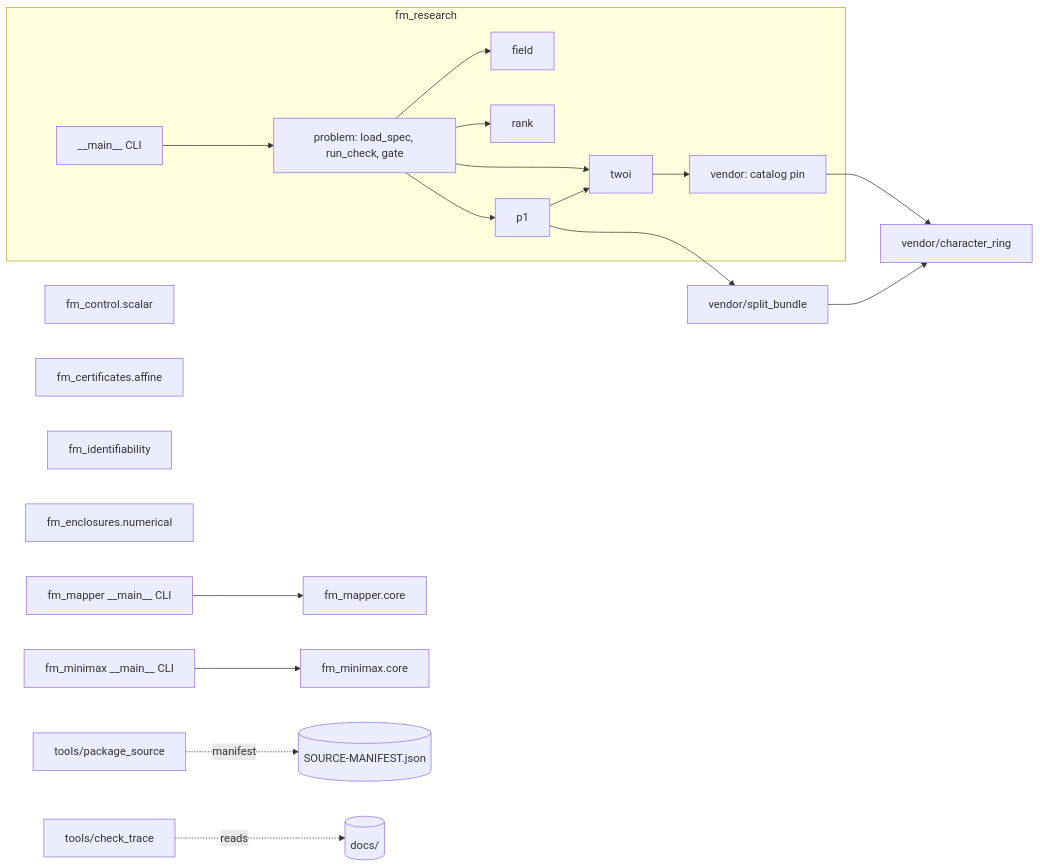
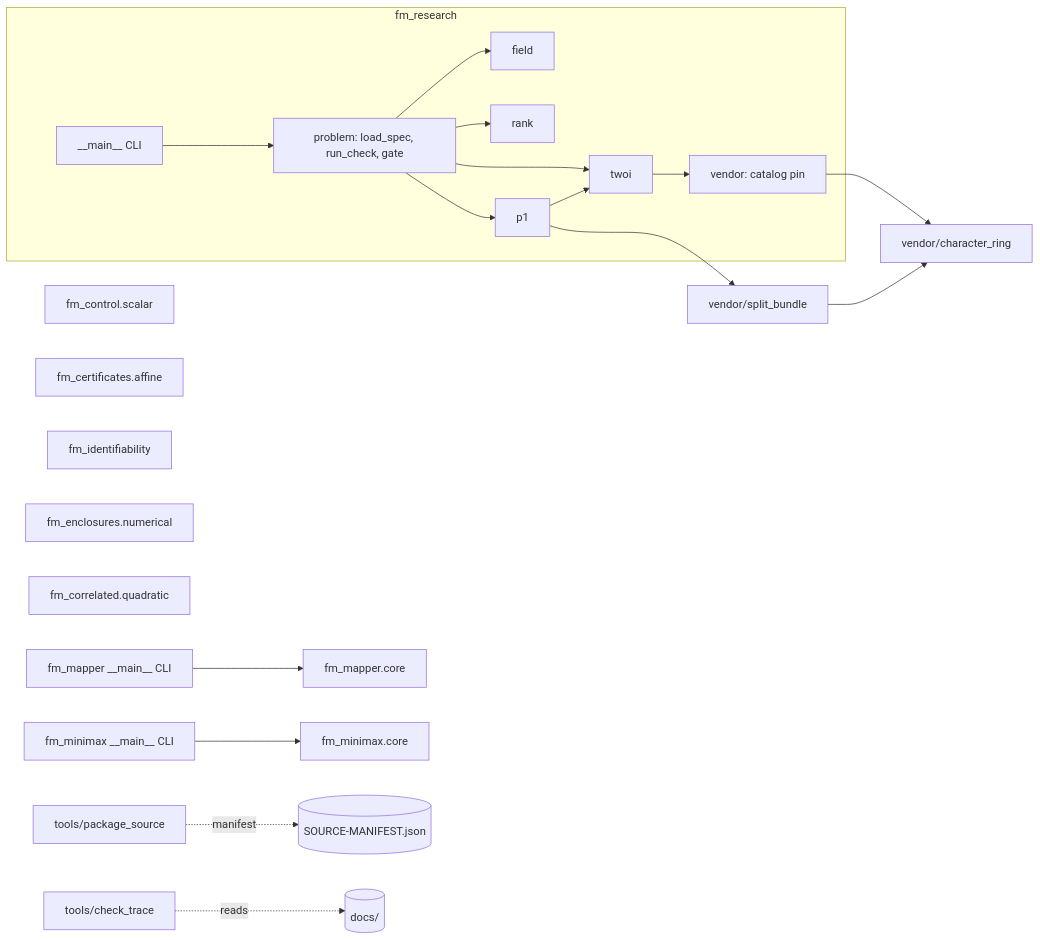
The first of 3 diagrams in docs/architecture/architecture.md (Akilleez-QA/foundation-math), drawn with Mermaid before and after one commit. The commit also changed other lines of this file and 15 other files, not shown here.

First line of the commit message:
Add exact correlated quadratic model admission and probes (stage 1 of 2) (#36)

````diff
--- a/docs/architecture/architecture.md
+++ b/docs/architecture/architecture.md
@@ -41,20 +41,21 @@
 ```mermaid
 flowchart LR
   subgraph research[fm_research]
     main[__main__ CLI] --> problem[problem: load_spec, run_check, gate]
     problem --> field[field] & rank[rank] & twoi[twoi] & p1[p1]
     twoi --> vendor[vendor: catalog pin]
     p1 --> twoi
   end
   vendor --> cr[vendor/character_ring]
   p1 --> sb[vendor/split_bundle]
   sb --> cr
   mmain[fm_mapper __main__ CLI] --> core[fm_mapper.core]
   control[fm_control.scalar]
   cert[fm_certificates.affine]
   ident[fm_identifiability]
   encl[fm_enclosures.numerical]
   minmain[fm_minimax __main__ CLI] --> minimax[fm_minimax.core]
+  corr[fm_correlated.quadratic]
   pkg[tools/package_source] -.manifest.-> manifest[(SOURCE-MANIFEST.json)]
   trace[tools/check_trace] -.reads.-> docs[(docs/)]
 ```
````
